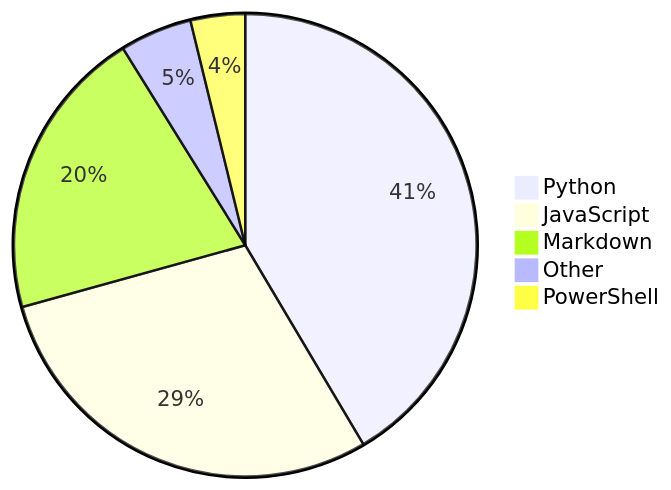
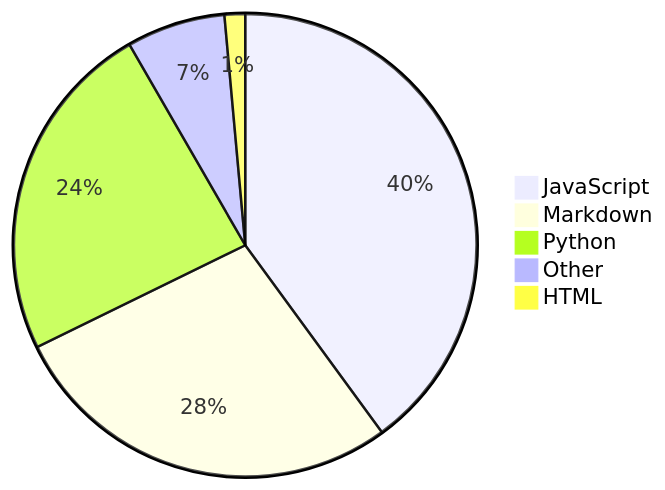
One commit to Alicia111/alicia111 changed the diagram in README.md. Above: the diagram before and after it, drawn with Mermaid.

Commit message:
Update WakaTime stats (・ω・)b

````diff
--- a/README.md
+++ b/README.md
@@ -32,8 +32,8 @@
 ```mermaid
 pie
-    "Python" : 39.3
-    "JavaScript" : 27.69
-    "Markdown" : 19.38
-    "Other" : 4.77
-    "PowerShell" : 3.61
+    "JavaScript" : 38.56
+    "Markdown" : 26.83
+    "Python" : 23.08
+    "Other" : 6.65
+    "HTML" : 1.39
 ```
````
